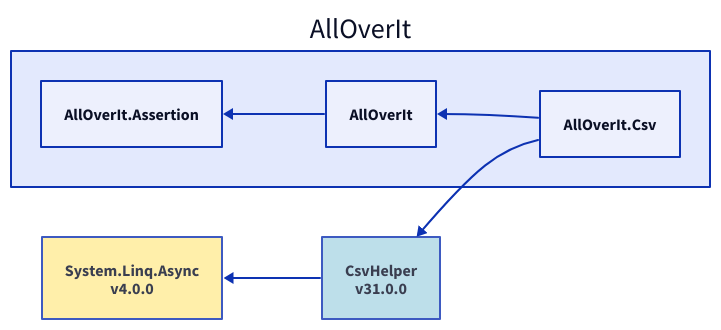
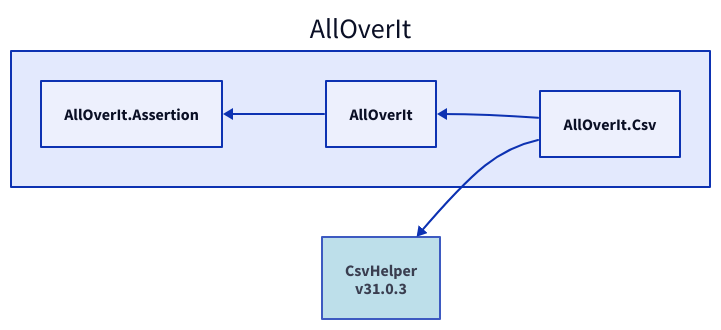
One commit to mjfreelancing/AllOverIt changed the diagram in Docs/Reference/Content/images/dependencies/net6.0/alloverit-csv.d2. Above: the diagram before and after it, drawn with D2. The commit also changed 288 other files, not shown here.

```diff
--- a/Docs/Reference/Content/images/dependencies/net6.0/alloverit-csv.d2
+++ b/Docs/Reference/Content/images/dependencies/net6.0/alloverit-csv.d2
@@ -1,16 +1,12 @@
 direction: left
 
 aoi: AllOverIt
 aoi.alloverit-csv: AllOverIt.Csv
-csvhelper_31-0-0: CsvHelper\nv31.0.0
-csvhelper_31-0-0.style.fill: "#ADD8E6"
-csvhelper_31-0-0.style.opacity: 0.8
-system-linq-async_4-0-0: System.Linq.Async\nv4.0.0
-system-linq-async_4-0-0.style.fill: "#FFEC96"
-system-linq-async_4-0-0.style.opacity: 0.8
-system-linq-async_4-0-0 <- csvhelper_31-0-0
-csvhelper_31-0-0 <- aoi.alloverit-csv
+csvhelper_31-0-3: CsvHelper\nv31.0.3
+csvhelper_31-0-3.style.fill: "#ADD8E6"
+csvhelper_31-0-3.style.opacity: 0.8
+csvhelper_31-0-3 <- aoi.alloverit-csv
 aoi.alloverit: AllOverIt
 aoi.alloverit-assertion: AllOverIt.Assertion
 aoi.alloverit-assertion <- aoi.alloverit
 aoi.alloverit <- aoi.alloverit-csv
```
